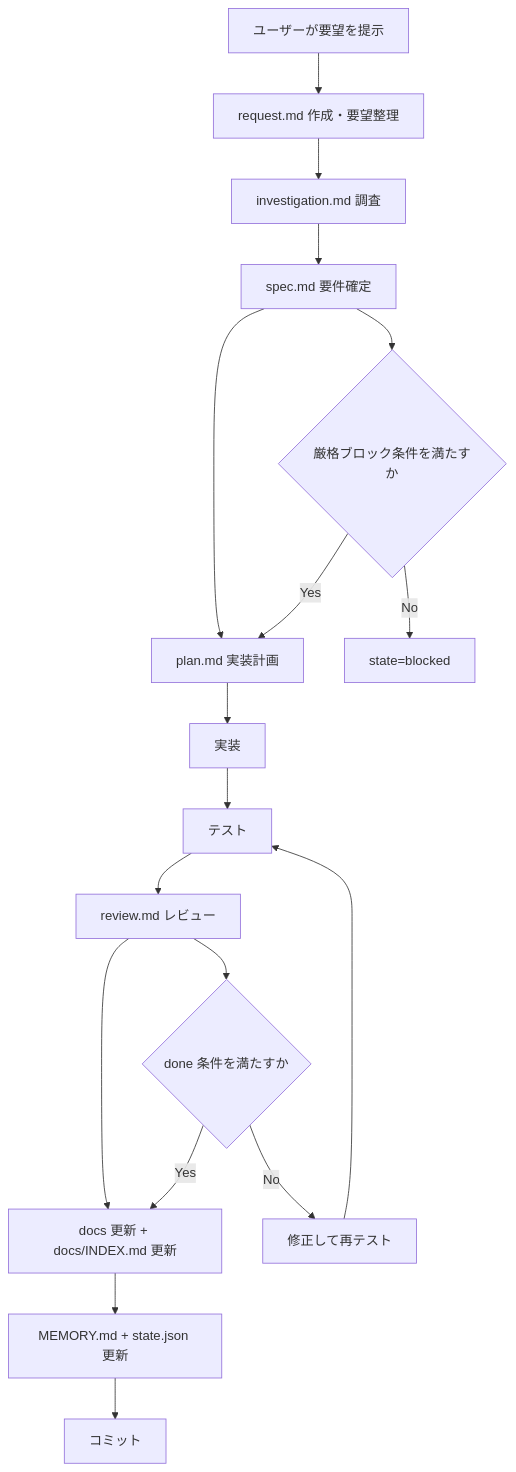
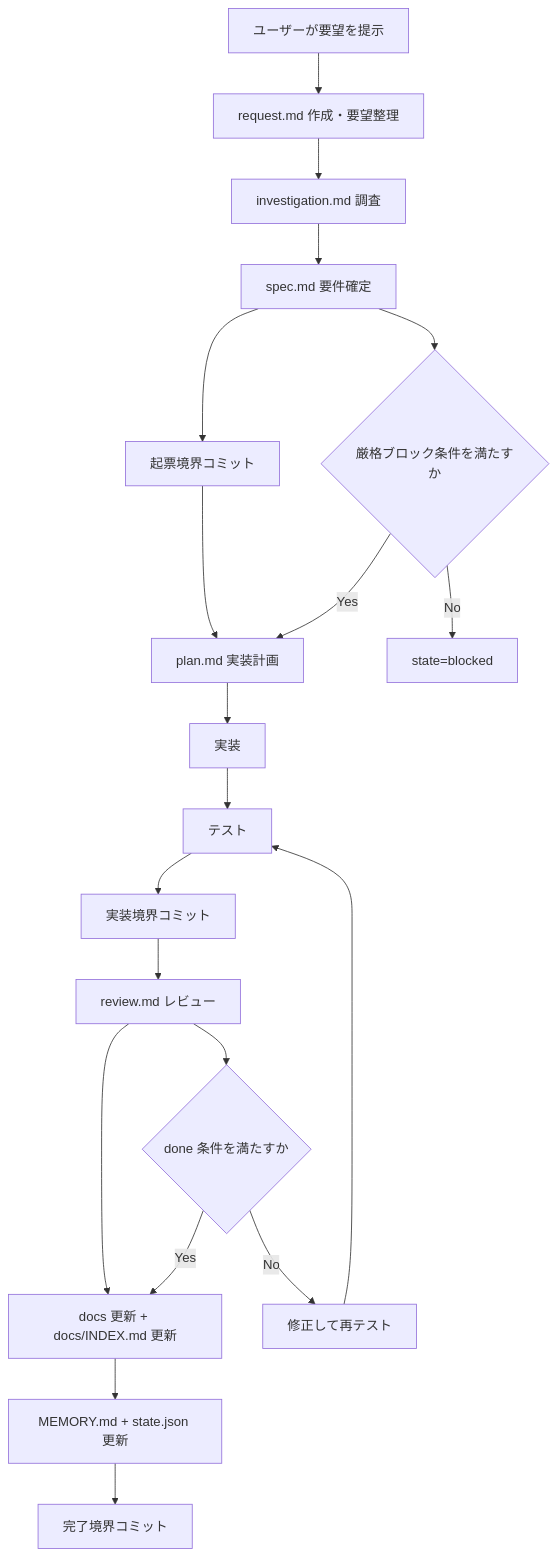
One commit to HarukaKajita/AgentRail changed the diagram in docs/operations/framework-request-to-commit-visual-guide.md. Above: the diagram before and after it, drawn with Mermaid. The commit also changed other lines of this file and 13 other files, not shown here.

Commit message:
implementation(2026-02-19__task-commit-boundary-automation-flow): add boundary tooling and flow rules

````diff
--- a/docs/operations/framework-request-to-commit-visual-guide.md
+++ b/docs/operations/framework-request-to-commit-visual-guide.md
@@ -13,22 +13,24 @@
 ```mermaid
 flowchart TD
   A[ユーザーが要望を提示] --> B[request.md 作成・要望整理]
   B --> C[investigation.md 調査]
   C --> D[spec.md 要件確定]
-  D --> E[plan.md 実装計画]
+  D --> K1[起票境界コミット]
+  K1 --> E[plan.md 実装計画]
   E --> F[実装]
   F --> G[テスト]
-  G --> H[review.md レビュー]
+  G --> K2[実装境界コミット]
+  K2 --> H[review.md レビュー]
   H --> I[docs 更新 + docs/INDEX.md 更新]
   I --> J[MEMORY.md + state.json 更新]
-  J --> K[コミット]
+  J --> K3[完了境界コミット]
 
   D --> L{厳格ブロック条件を満たすか}
   L -- No --> M[state=blocked]
   L -- Yes --> E
 
   H --> N{done 条件を満たすか}
   N -- No --> O[修正して再テスト]
   O --> G
   N -- Yes --> I
 ```
````
